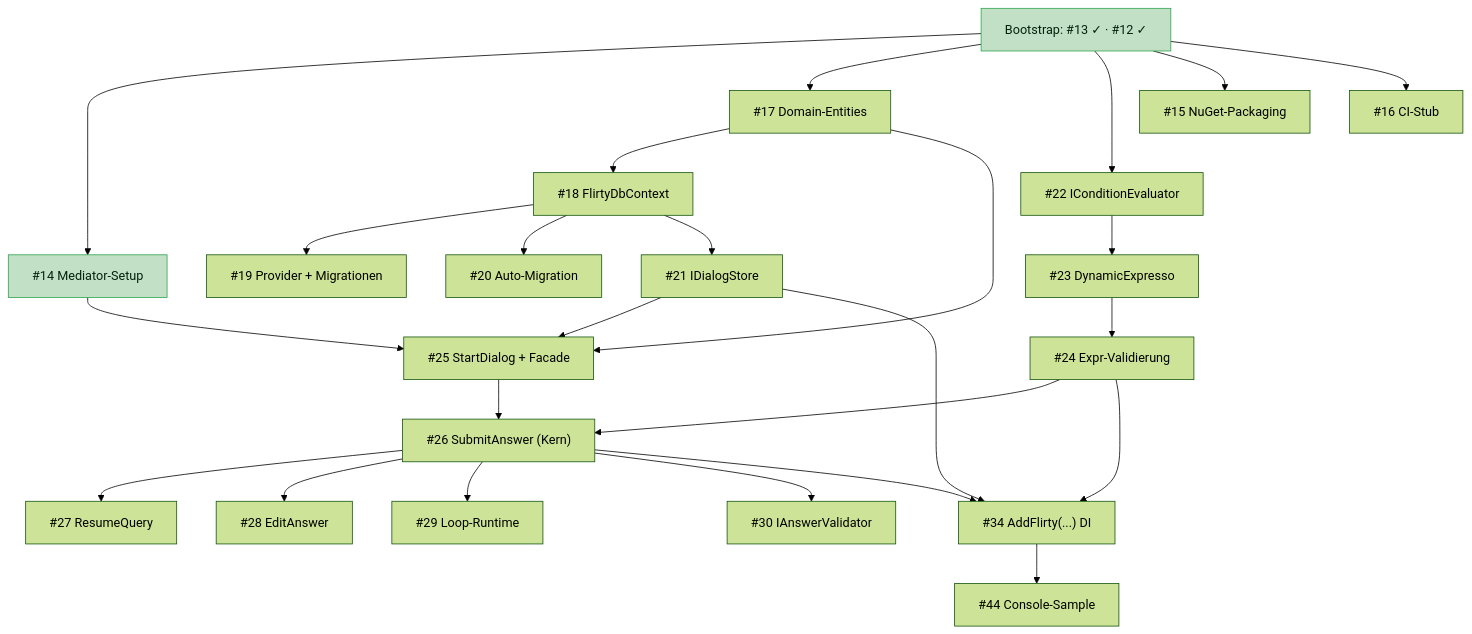
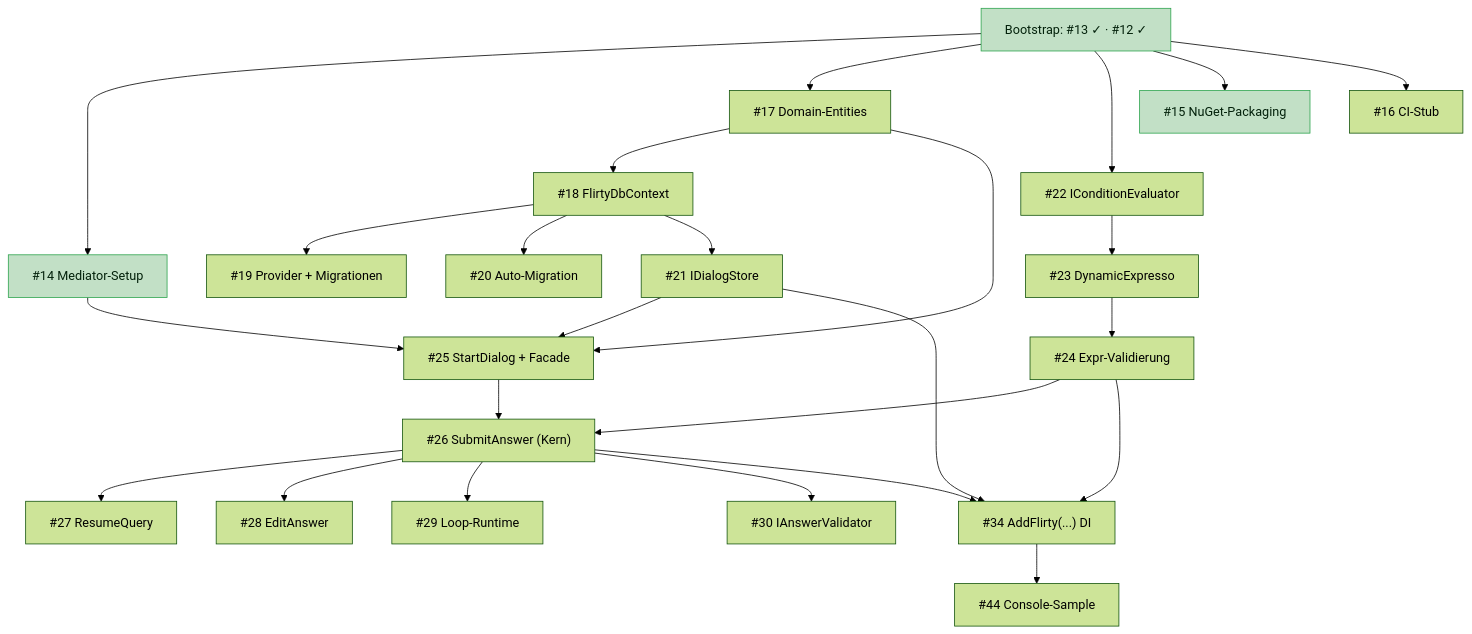
The diagram in docs/ROADMAP.md (dominikz98/flirty), drawn with Mermaid (forest theme) before and after one commit. The commit also changed other lines of this file and 9 other files, not shown here.

First line of the commit message:
chore: NuGet-Packaging vorbereiten – Metadaten, Lizenz, Icon, SourceLink, Symbole & Versionierung – #15 (#55)

````diff
--- a/docs/ROADMAP.md
+++ b/docs/ROADMAP.md
@@ -28,39 +30,39 @@
 ```mermaid
 flowchart TD
     F["Bootstrap: #13 ✓ · #12 ✓"]:::done
 
     F --> E14["#14 Mediator-Setup"]:::done
     F --> E17["#17 Domain-Entities"]
     F --> E22["#22 IConditionEvaluator"]
-    F --> E15["#15 NuGet-Packaging"]
+    F --> E15["#15 NuGet-Packaging"]:::done
     F --> E16["#16 CI-Stub"]
 
     %% Strang A – Persistenz (EPIC 1)
     E17 --> E18["#18 FlirtyDbContext"]
     E18 --> E19["#19 Provider + Migrationen"]
     E18 --> E20["#20 Auto-Migration"]
     E18 --> E21["#21 IDialogStore"]
 
     %% Strang B – Expression-Engine (EPIC 2)
     E22 --> E23["#23 DynamicExpresso"]
     E23 --> E24["#24 Expr-Validierung"]
 
     %% Strang C – Runtime (EPIC 3) = Konvergenzpunkt
     E14 --> E25["#25 StartDialog + Facade"]
     E17 --> E25
     E21 --> E25
     E25 --> E26["#26 SubmitAnswer (Kern)"]
     E24 --> E26
     E26 --> E27["#27 ResumeQuery"]
     E26 --> E28["#28 EditAnswer"]
     E26 --> E29["#29 Loop-Runtime"]
     E26 --> E30["#30 IAnswerValidator"]
 
     %% Integration / M1-Abnahme
     E26 --> E34["#34 AddFlirty(...) DI"]
     E21 --> E34
     E24 --> E34
     E34 --> E44["#44 Console-Sample"]
 
     classDef done fill:#c2e0c6,stroke:#2da44e,color:#03210b;
 ```
````
